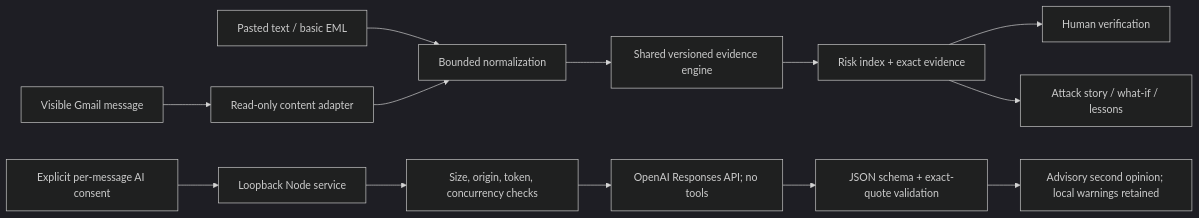
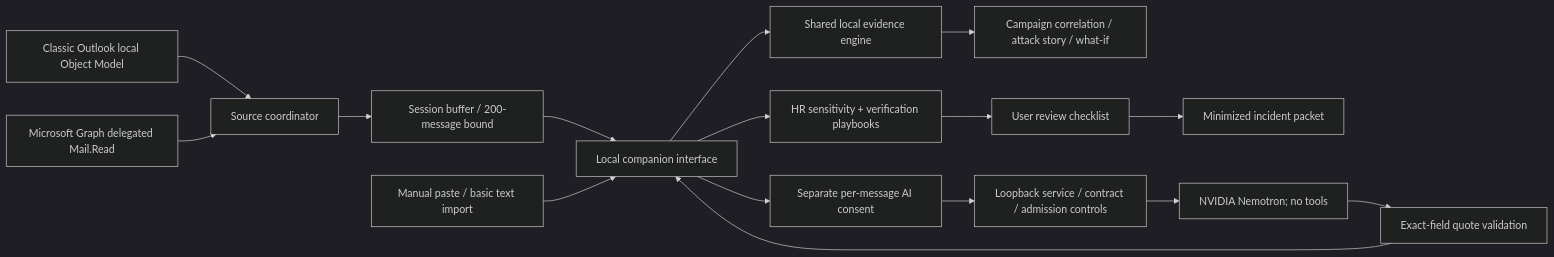
Before and after one commit to sujith27pes/SignalGuard: the diagram in SYSTEM_DESIGN.md, drawn with Mermaid (dark theme). The commit also changed other lines of this file and 44 other files, not shown here.

````diff
--- a/SYSTEM_DESIGN.md
+++ b/SYSTEM_DESIGN.md
@@ -11,15 +11,18 @@
 ```mermaid
 flowchart LR
-  A[Pasted text / basic EML] --> N[Bounded normalization]
-  G[Visible Gmail message] --> X[Read-only content adapter]
-  X --> N
-  N --> E[Shared versioned evidence engine]
-  E --> U[Risk index + exact evidence]
-  U --> H[Human verification]
-  U --> L[Attack story / what-if / lessons]
-  C[Explicit per-message AI consent] --> S[Loopback Node service]
-  S --> V[Size, origin, token, concurrency checks]
-  V --> M[OpenAI Responses API; no tools]
-  M --> Q[JSON schema + exact-quote validation]
-  Q --> O[Advisory second opinion; local warnings retained]
+  C[Classic Outlook local Object Model] --> S[Source coordinator]
+  G[Microsoft Graph delegated Mail.Read] --> S
+  S --> B[Session buffer / 200-message bound]
+  B --> U[Local companion interface]
+  P[Manual paste / basic text import] --> U
+  U --> E[Shared local evidence engine]
+  U --> H[HR sensitivity + verification playbooks]
+  E --> R[Campaign correlation / attack story / what-if]
+  H --> V[User review checklist]
+  V --> X[Minimized incident packet]
+  U --> N[Separate per-message AI consent]
+  N --> A[Loopback service / contract / admission controls]
+  A --> M[NVIDIA Nemotron; no tools]
+  M --> Q[Exact-field quote validation]
+  Q --> U
 ```
````
